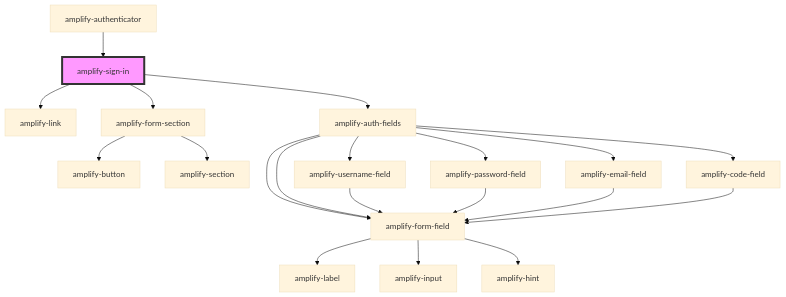
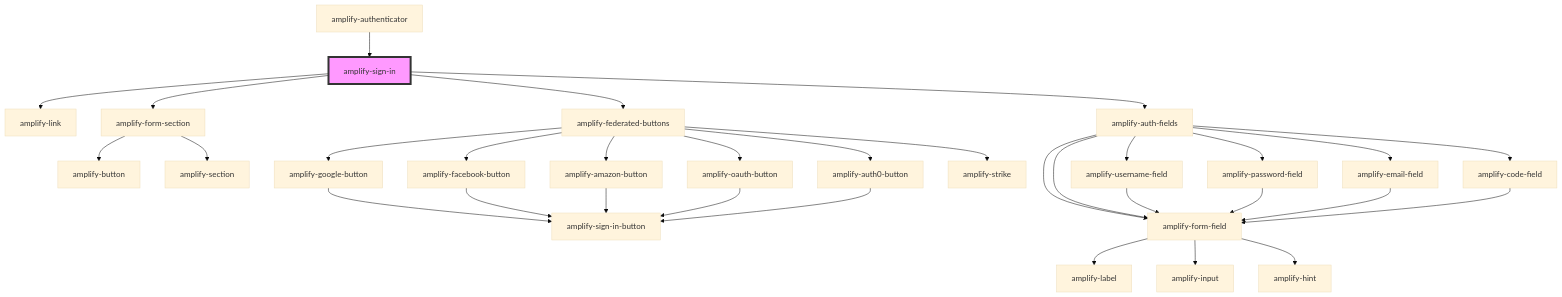
The diagram in packages/amplify-ui-components/src/components/amplify-sign-in/readme.md (aws-amplify/amplify-js), drawn with Mermaid (base theme) before and after one commit. The commit also changed other lines of this file and 14 other files, not shown here.

````diff
--- a/packages/amplify-ui-components/src/components/amplify-sign-in/readme.md
+++ b/packages/amplify-ui-components/src/components/amplify-sign-in/readme.md
@@ -34,23 +36,35 @@
 ```mermaid
 graph TD;
   amplify-sign-in --> amplify-link
   amplify-sign-in --> amplify-form-section
+  amplify-sign-in --> amplify-federated-buttons
   amplify-sign-in --> amplify-auth-fields
   amplify-form-section --> amplify-button
   amplify-form-section --> amplify-section
+  amplify-federated-buttons --> amplify-google-button
+  amplify-federated-buttons --> amplify-facebook-button
+  amplify-federated-buttons --> amplify-amazon-button
+  amplify-federated-buttons --> amplify-oauth-button
+  amplify-federated-buttons --> amplify-auth0-button
+  amplify-federated-buttons --> amplify-strike
+  amplify-google-button --> amplify-sign-in-button
+  amplify-facebook-button --> amplify-sign-in-button
+  amplify-amazon-button --> amplify-sign-in-button
+  amplify-oauth-button --> amplify-sign-in-button
+  amplify-auth0-button --> amplify-sign-in-button
   amplify-auth-fields --> amplify-username-field
   amplify-auth-fields --> amplify-password-field
   amplify-auth-fields --> amplify-email-field
   amplify-auth-fields --> amplify-code-field
   amplify-auth-fields --> amplify-form-field
   amplify-auth-fields --> amplify-form-field
   amplify-username-field --> amplify-form-field
   amplify-form-field --> amplify-label
   amplify-form-field --> amplify-input
   amplify-form-field --> amplify-hint
   amplify-password-field --> amplify-form-field
   amplify-email-field --> amplify-form-field
   amplify-code-field --> amplify-form-field
   amplify-authenticator --> amplify-sign-in
   style amplify-sign-in fill:#f9f,stroke:#333,stroke-width:4px
 ```
````
